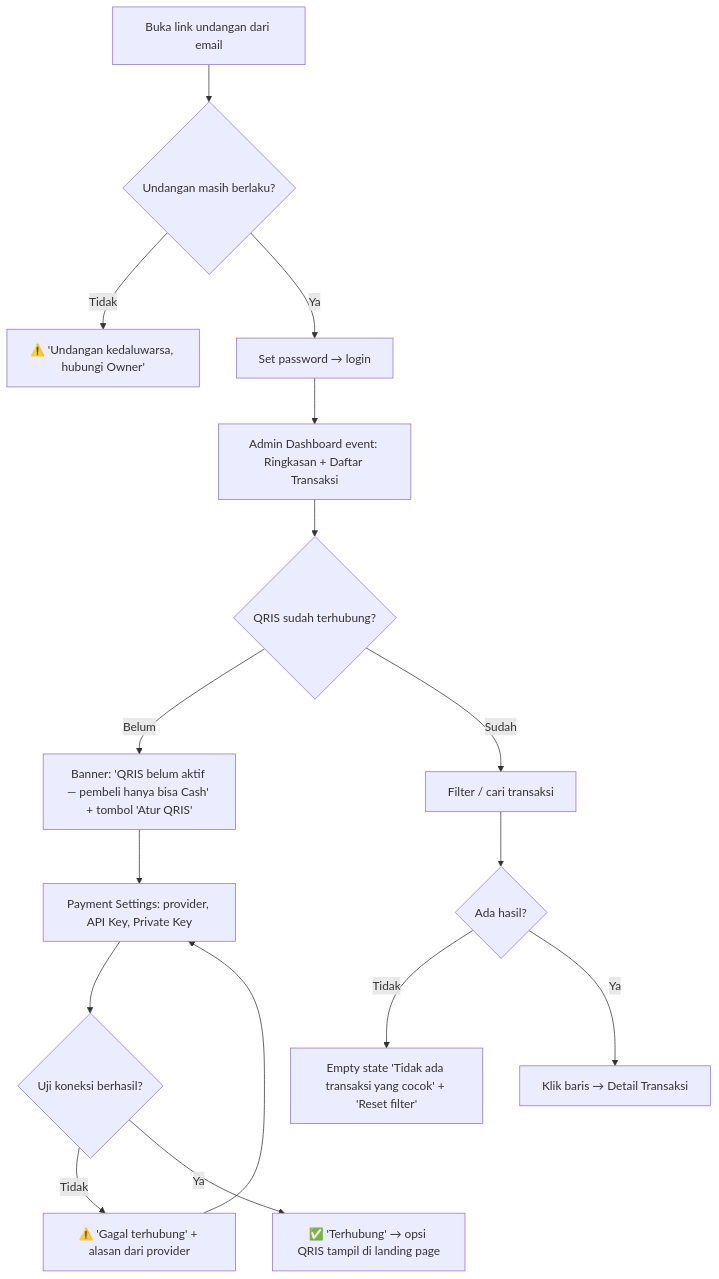
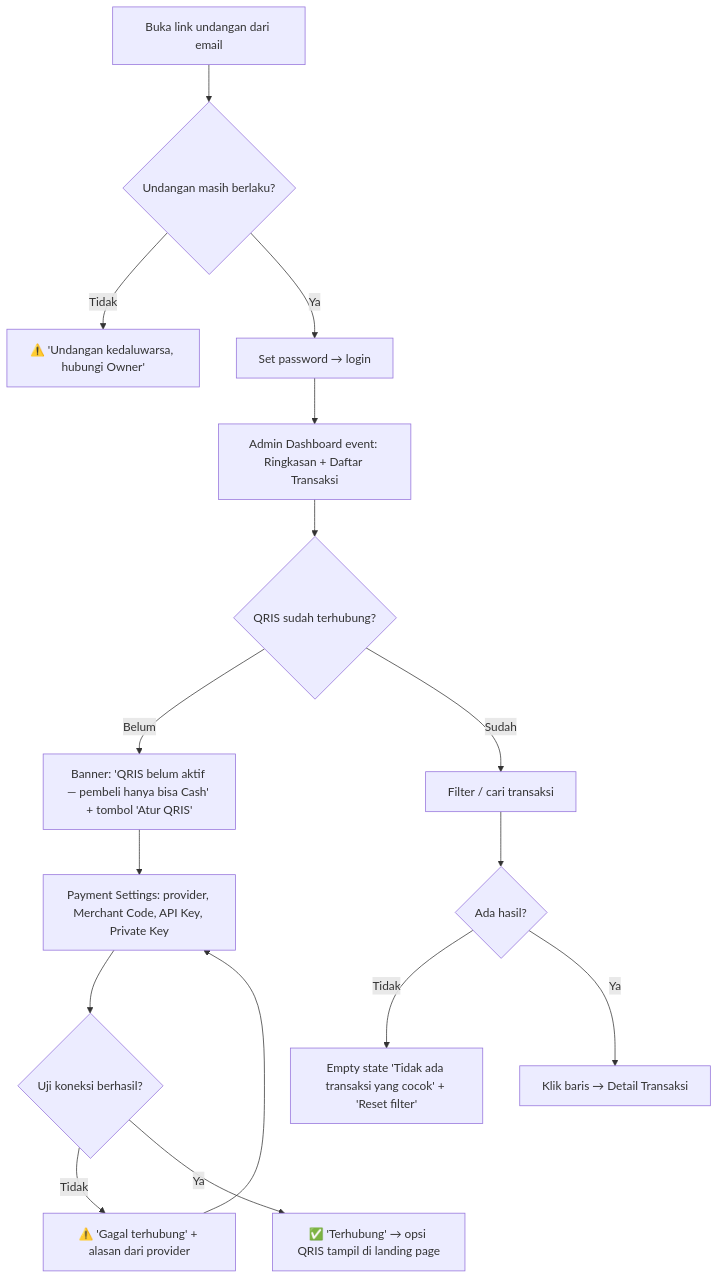
The fifth of 6 diagrams in UI-UX.md (your-unclebox/uncle), drawn with Mermaid before and after one commit. The commit also changed other lines of this file and 2 other files, not shown here.

````diff
--- a/UI-UX.md
+++ b/UI-UX.md
@@ -138,18 +144,18 @@
 ```mermaid
 flowchart TD
     A["Buka link undangan dari email"] --> A1{"Undangan masih berlaku?"}
     A1 -- "Tidak" --> A2["⚠️ 'Undangan kedaluwarsa, hubungi Owner'"]
     A1 -- "Ya" --> A3["Set password → login"]
     A3 --> B["Admin Dashboard event: Ringkasan + Daftar Transaksi"]
     B --> B1{"QRIS sudah terhubung?"}
     B1 -- "Belum" --> B2["Banner: 'QRIS belum aktif — pembeli hanya bisa Cash' + tombol 'Atur QRIS'"]
-    B2 --> P["Payment Settings: provider, API Key, Private Key"]
+    B2 --> P["Payment Settings: provider, Merchant Code, API Key, Private Key"]
     P --> P1{"Uji koneksi berhasil?"}
     P1 -- "Tidak" --> P2["⚠️ 'Gagal terhubung' + alasan dari provider"]
     P2 --> P
     P1 -- "Ya" --> P3["✅ 'Terhubung' → opsi QRIS tampil di landing page"]
     B1 -- "Sudah" --> C["Filter / cari transaksi"]
     C --> C1{"Ada hasil?"}
     C1 -- "Tidak" --> C2["Empty state 'Tidak ada transaksi yang cocok' + 'Reset filter'"]
     C1 -- "Ya" --> C3["Klik baris → Detail Transaksi"]
 ```
````
